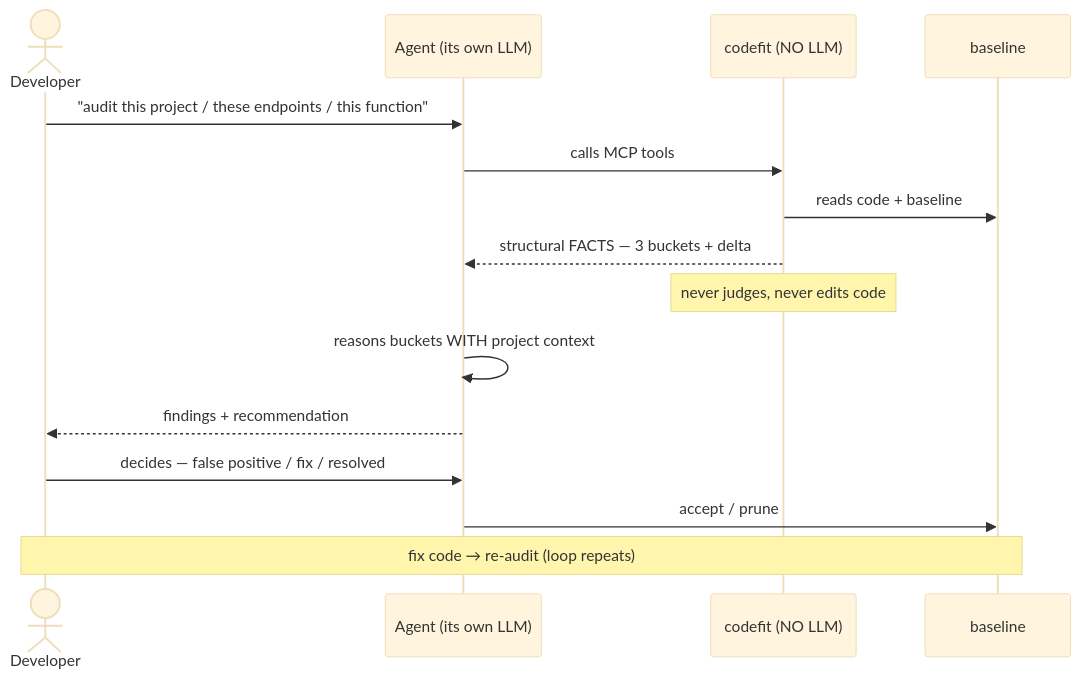
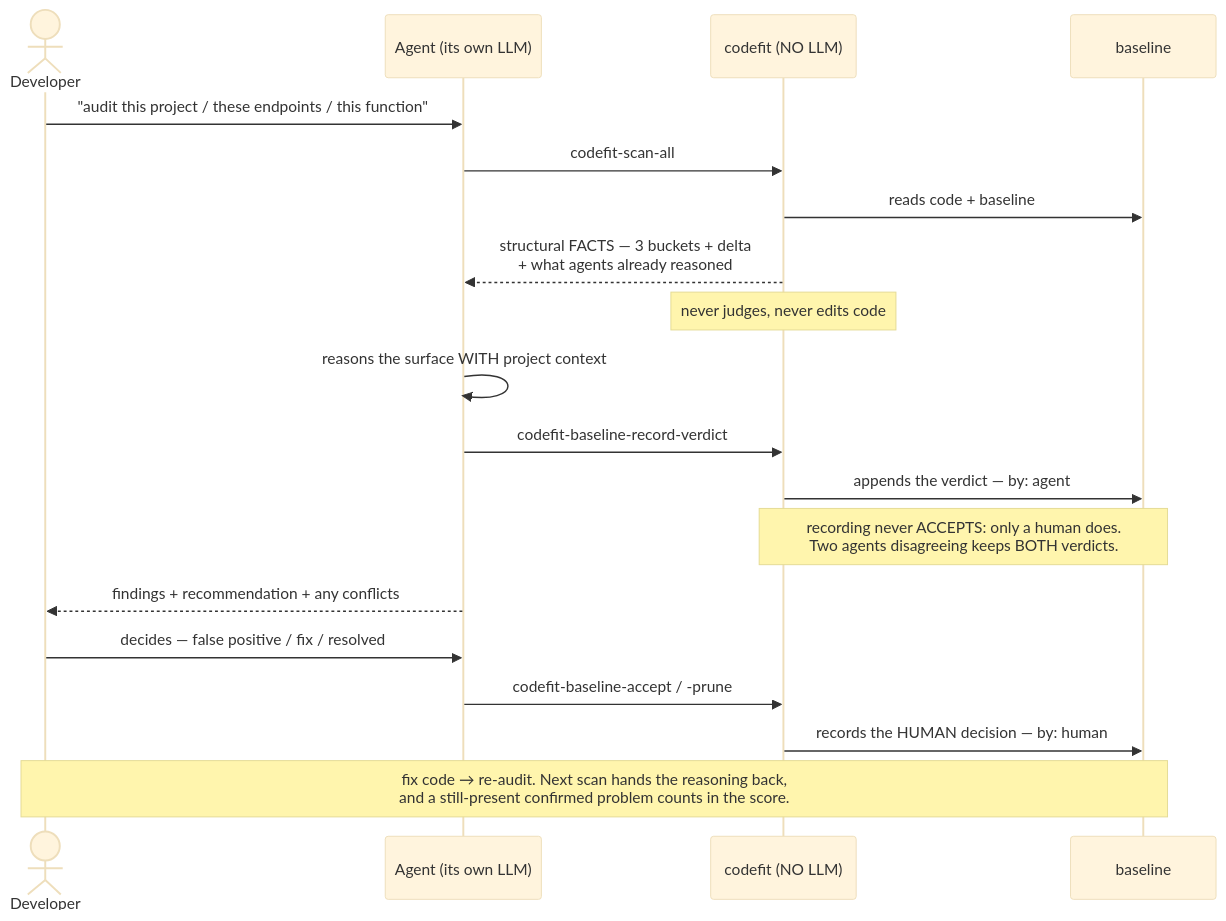
Before and after one commit to codefit-cli/codefit: the second of 2 diagrams in README.md, drawn with Mermaid (base theme). The commit also changed other lines of this file and 1 other file, not shown here.

First paragraph of the commit message:
docs(readme): the diagrams drew a loop that no longer exists, and a path that never did (#171)
Asked whether the README's diagrams were correct. Checked instead of answered:
both are wrong, for two different reasons.

````diff
--- a/README.md
+++ b/README.md
@@ -85,18 +82,22 @@
 ```mermaid
 sequenceDiagram
   actor Dev as Developer
   participant Agent as Agent (its own LLM)
   participant CF as codefit (NO LLM)
   participant BL as baseline
 
   Dev->>Agent: "audit this project / these endpoints / this function"
-  Agent->>CF: calls MCP tools
+  Agent->>CF: codefit-scan-all
   CF->>BL: reads code + baseline
-  CF-->>Agent: structural FACTS — 3 buckets + delta
+  CF-->>Agent: structural FACTS — 3 buckets + delta<br/>+ what agents already reasoned
   Note over CF: never judges, never edits code
-  Agent->>Agent: reasons buckets WITH project context
-  Agent-->>Dev: findings + recommendation
+  Agent->>Agent: reasons the surface WITH project context
+  Agent->>CF: codefit-baseline-record-verdict
+  CF->>BL: appends the verdict — by: agent
+  Note over CF,BL: recording never ACCEPTS: only a human does.<br/>Two agents disagreeing keeps BOTH verdicts.
+  Agent-->>Dev: findings + recommendation + any conflicts
   Dev->>Agent: decides — false positive / fix / resolved
-  Agent->>BL: accept / prune
-  Note over Dev,BL: fix code → re-audit (loop repeats)
+  Agent->>CF: codefit-baseline-accept / -prune
+  CF->>BL: records the HUMAN decision — by: human
+  Note over Dev,BL: fix code → re-audit. Next scan hands the reasoning back,<br/>and a still-present confirmed problem counts in the score.
 ```
````
